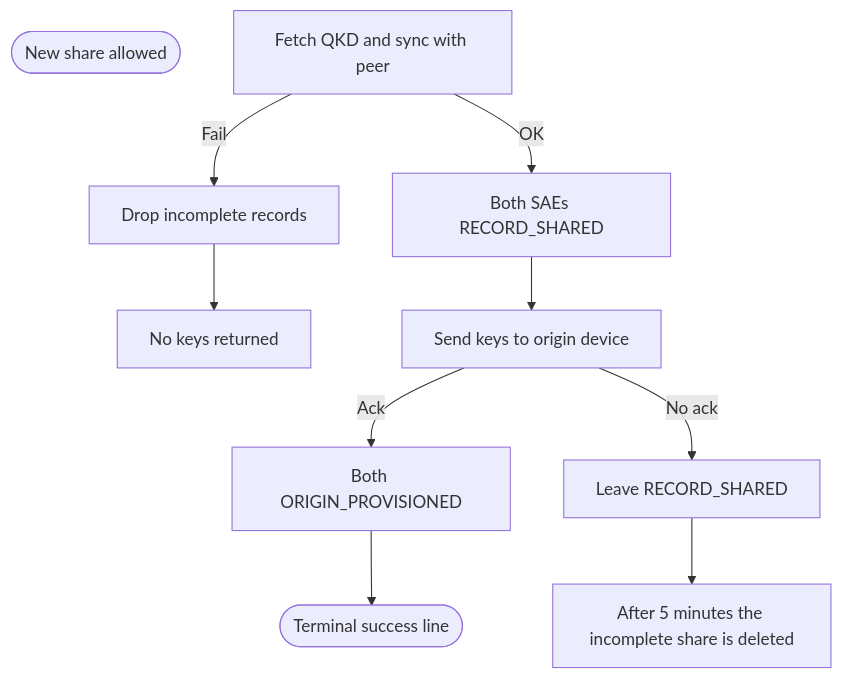
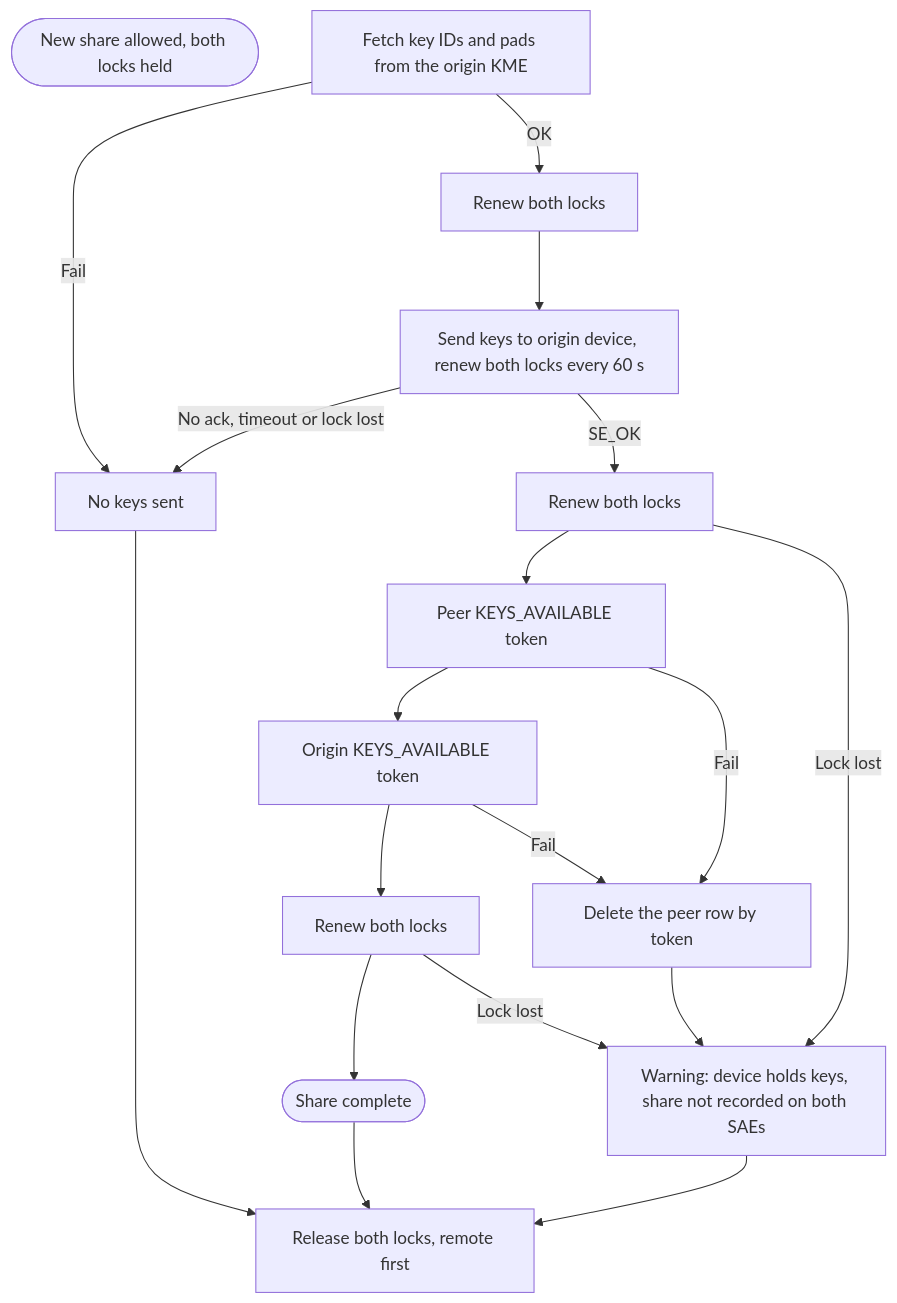
The seventh of 9 diagrams in JAVA_APPS/docs/FLOWCHARTS.md (vonasmic/one-time-pad-keychain), drawn with Mermaid before and after one commit. The commit also changed other lines of this file and 310 other files, not shown here.

````diff
--- a/JAVA_APPS/docs/FLOWCHARTS.md
+++ b/JAVA_APPS/docs/FLOWCHARTS.md
@@ -215,13 +287,21 @@
 ```mermaid
 flowchart TD
-    Start([New share allowed])
-    Exchange[Fetch QKD and sync with peer]
-    Exchange -->|Fail| Rollback[Drop incomplete records]
-    Rollback --> NoKeys[No keys returned]
-    Exchange -->|OK| BothAvail[Both SAEs RECORD_SHARED]
-    BothAvail --> Send[Send keys to origin device]
-    Send -->|Ack| Prov[Both ORIGIN_PROVISIONED]
-    Send -->|No ack| LeftAvail[Leave RECORD_SHARED]
-    Prov --> Done([Terminal success line])
-    LeftAvail --> NextVisit[After 5 minutes the incomplete share is deleted]
+    Start([New share allowed, both locks held])
+    Kme[Fetch key IDs and pads from the origin KME]
+    Kme -->|Fail| NoKeys[No keys sent]
+    Kme -->|OK| Guard1[Renew both locks]
+    Guard1 --> Send[Send keys to origin device, renew both locks every 60 s]
+    Send -->|No ack, timeout or lock lost| NoKeys
+    Send -->|SE_OK| Guard2[Renew both locks]
+    Guard2 --> Peer[Peer KEYS_AVAILABLE token]
+    Peer --> Origin[Origin KEYS_AVAILABLE token]
+    Origin --> Guard3[Renew both locks]
+    Guard3 --> Done([Share complete])
+    Guard2 -->|Lock lost| Warn[Warning: device holds keys, share not recorded on both SAEs]
+    Peer -->|Fail| Undo[Delete the peer row by token] --> Warn
+    Origin -->|Fail| Undo
+    Guard3 -->|Lock lost| Warn
+    Done --> Release[Release both locks, remote first]
+    Warn --> Release
+    NoKeys --> Release
 ```
````
